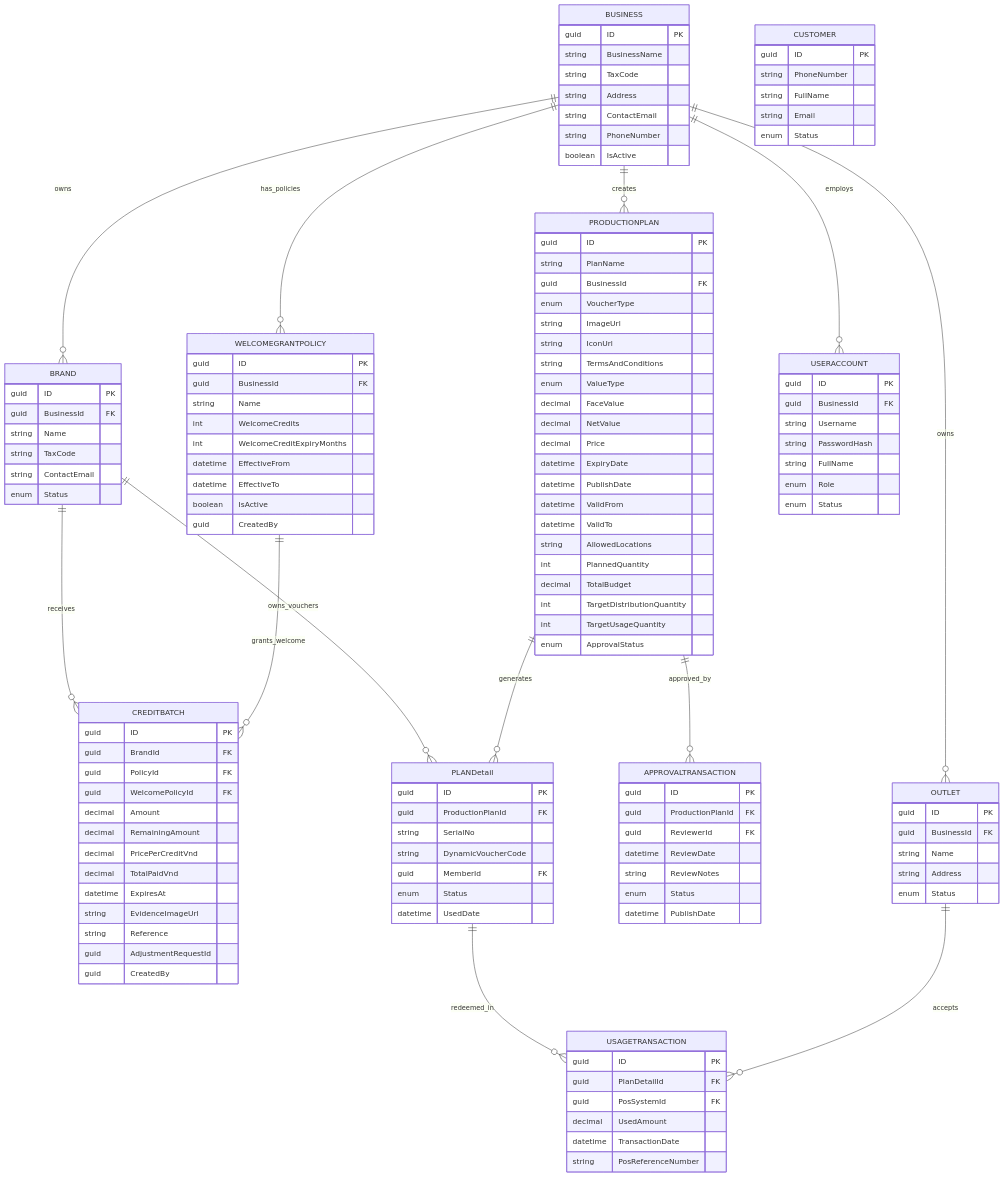
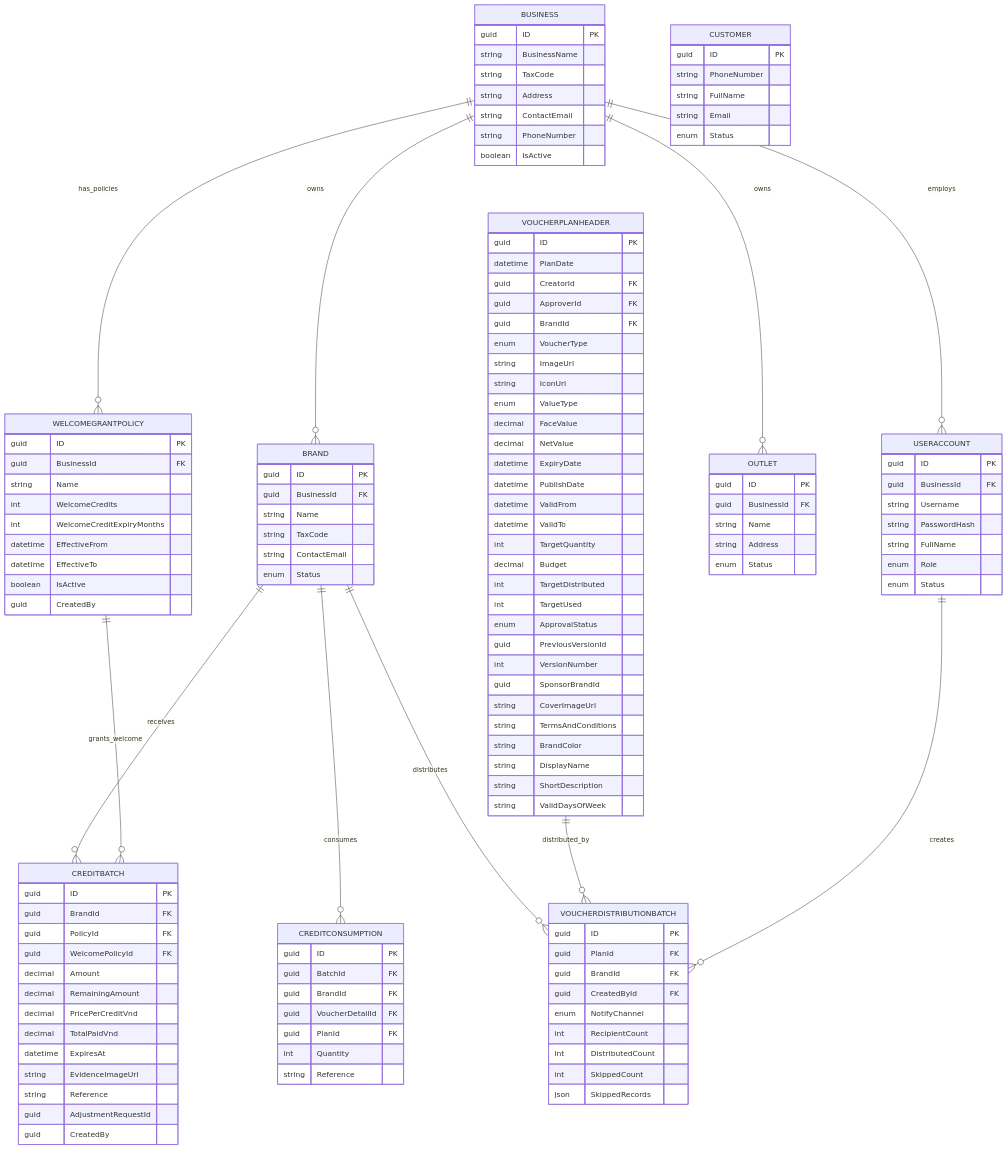
Before and after one commit to lamhongbac/NonCash: the second of 3 diagrams in .qoder/repowiki/en/content/Data Models and Database Design/Core Business Entities.md, drawn with Mermaid. The commit also changed other lines of this file and 111 other files, not shown here.

````diff
--- a/.qoder/repowiki/en/content/Data Models and Database Design/Core Business Entities.md
+++ b/.qoder/repowiki/en/content/Data Models and Database Design/Core Business Entities.md
@@ -555,54 +559,56 @@
 guid AdjustmentRequestId
 guid CreatedBy
 }
-PRODUCTIONPLAN {
+CREDITCONSUMPTION {
 guid ID PK
-string PlanName
-guid BusinessId FK
+guid BatchId FK
+guid BrandId FK
+guid VoucherDetailId FK
+guid PlanId FK
+int Quantity
+string Reference
+}
+VOUCHERPLANHEADER {
+guid ID PK
+datetime PlanDate
+guid CreatorId FK
+guid ApproverId FK
+guid BrandId FK
 enum VoucherType
 string ImageUrl
 string IconUrl
-string TermsAndConditions
 enum ValueType
 decimal FaceValue
 decimal NetValue
-decimal Price
 datetime ExpiryDate
 datetime PublishDate
 datetime ValidFrom
 datetime ValidTo
-string AllowedLocations
-int PlannedQuantity
-decimal TotalBudget
-int TargetDistributionQuantity
-int TargetUsageQuantity
+int TargetQuantity
+decimal Budget
+int TargetDistributed
+int TargetUsed
 enum ApprovalStatus
+guid PreviousVersionId
+int VersionNumber
+guid SponsorBrandId
+string CoverImageUrl
+string TermsAndConditions
+string BrandColor
+string DisplayName
+string ShortDescription
+string ValidDaysOfWeek
 }
-PLANDetail {
+VOUCHERDISTRIBUTIONBATCH {
 guid ID PK
-guid ProductionPlanId FK
-string SerialNo
-string DynamicVoucherCode
-guid MemberId FK
-enum Status
-datetime UsedDate
-}
-APPROVALTRANSACTION {
-guid ID PK
-guid ProductionPlanId FK
-guid ReviewerId FK
-datetime ReviewDate
-string ReviewNotes
-enum Status
-datetime PublishDate
-}
-USAGETRANSACTION {
-guid ID PK
-guid PlanDetailId FK
-guid PosSystemId FK
-decimal UsedAmount
-datetime TransactionDate
-string PosReferenceNumber
+guid PlanId FK
+guid BrandId FK
+guid CreatedById FK
+enum NotifyChannel
+int RecipientCount
+int DistributedCount
+int SkippedCount
+json SkippedRecords
 }
 OUTLET {
 guid ID PK
@@ -629,14 +635,12 @@
 }
 BUSINESS ||--o{ BRAND : "owns"
 BUSINESS ||--o{ WELCOMEGRANTPOLICY : "has_policies"
-BUSINESS ||--o{ PRODUCTIONPLAN : "creates"
 BUSINESS ||--o{ OUTLET : "owns"
 BUSINESS ||--o{ USERACCOUNT : "employs"
 BRAND ||--o{ CREDITBATCH : "receives"
-BRAND ||--o{ PLANDetail : "owns_vouchers"
+BRAND ||--o{ CREDITCONSUMPTION : "consumes"
+BRAND ||--o{ VOUCHERDISTRIBUTIONBATCH : "distributes"
 WELCOMEGRANTPOLICY ||--o{ CREDITBATCH : "grants_welcome"
-PRODUCTIONPLAN ||--o{ PLANDetail : "generates"
-PRODUCTIONPLAN ||--o{ APPROVALTRANSACTION : "approved_by"
-PLANDetail ||--o{ USAGETRANSACTION : "redeemed_in"
-OUTLET ||--o{ USAGETRANSACTION : "accepts"
+VOUCHERPLANHEADER ||--o{ VOUCHERDISTRIBUTIONBATCH : "distributed_by"
+USERACCOUNT ||--o{ VOUCHERDISTRIBUTIONBATCH : "creates"
 ```
````
